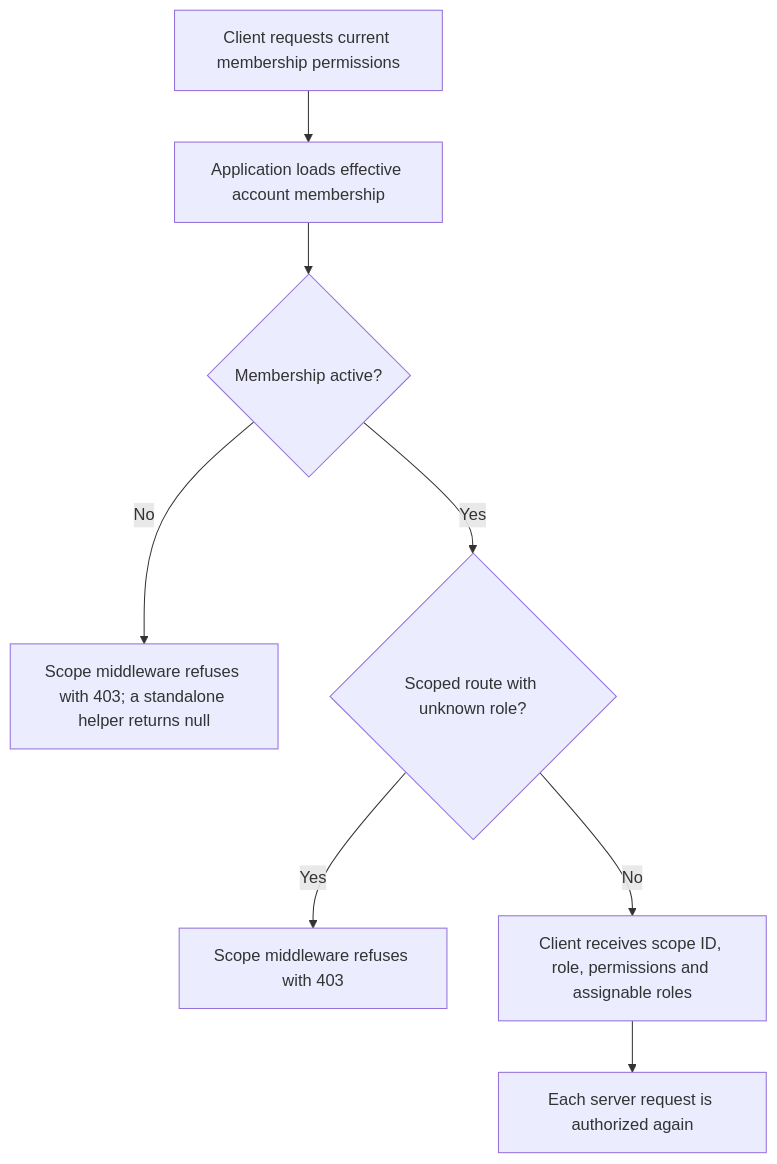
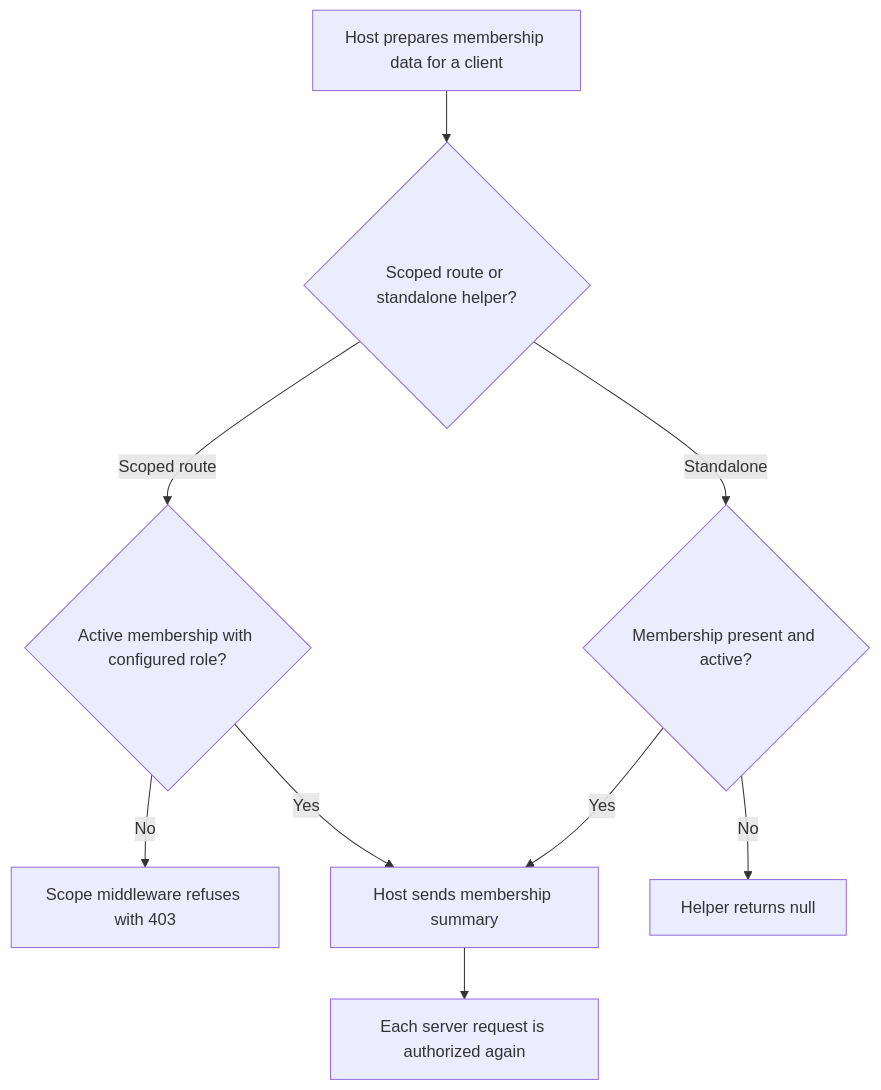
The first of 2 diagrams in user-stories/US-ACCESS-12-share-client-permissions.md (Kevinjohn/oss-adonisjs-access-control), drawn with Mermaid before and after one commit. The commit also changed 18 other files, not shown here.

Commit message:
Reconcile access control story flows

````diff
--- a/user-stories/US-ACCESS-12-share-client-permissions.md
+++ b/user-stories/US-ACCESS-12-share-client-permissions.md
@@ -21,10 +21,11 @@
 ```mermaid
 flowchart TD
-    A["Client requests current membership permissions"] --> B["Application loads effective account membership"]
-    B --> C{"Membership active?"}
-    C -->|No| D["Scope middleware refuses with 403; a standalone helper returns null"]
-    C -->|Yes| G{"Scoped route with unknown role?"}
-    G -->|Yes| H["Scope middleware refuses with 403"]
-    G -->|No| E["Client receives scope ID, role, permissions and assignable roles"]
+    A["Host prepares membership data for a client"] --> B{"Scoped route or standalone helper?"}
+    B -->|Scoped route| C{"Active membership with configured role?"}
+    C -->|No| D["Scope middleware refuses with 403"]
+    C -->|Yes| E["Host sends membership summary"]
+    B -->|Standalone| G{"Membership present and active?"}
+    G -->|No| H["Helper returns null"]
+    G -->|Yes| E
     E --> F["Each server request is authorized again"]
 ```
````
